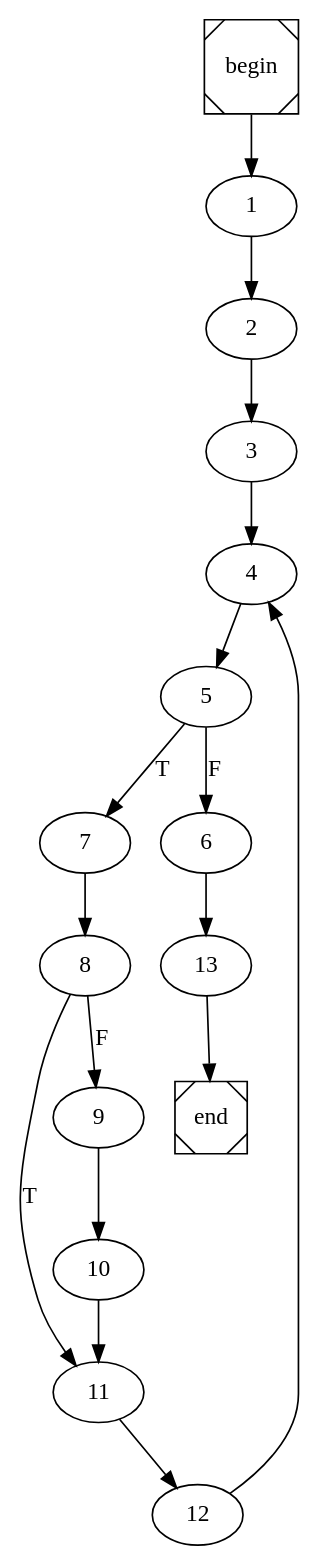
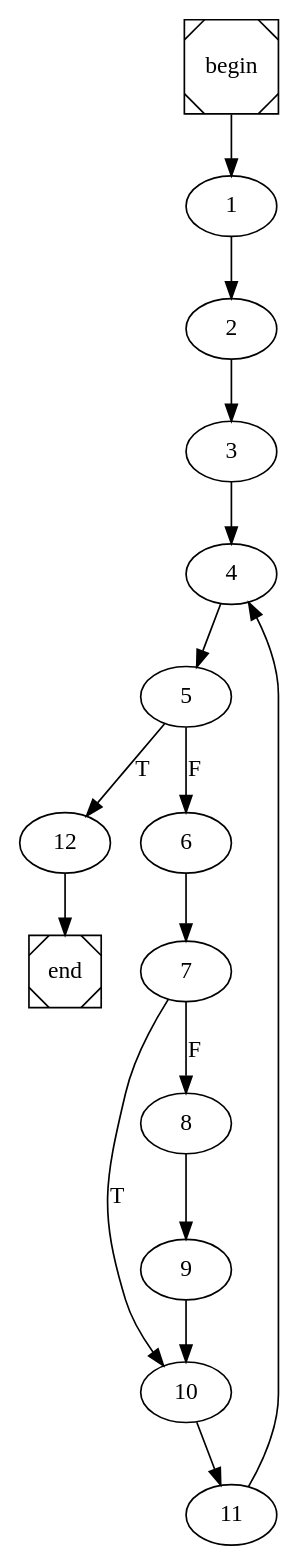
Before and after one commit to ivSaav/COMP: the diagram in find_maximum.dot, drawn with Graphviz. The commit also changed 9 other files, not shown here.

```diff
--- a/find_maximum.dot
+++ b/find_maximum.dot
@@ -1,4 +1,4 @@
 digraph cfg {
 	begin [shape=Msquare];
 	end [shape=Msquare];
-	begin -> 1;	1 -> 2;	2 -> 3;	3 -> 4;	4 -> 5;	5 -> 7[label=T];	5 -> 6[label=F];	6 -> 13;	7 -> 8;	8 -> 11[label=T];	8 -> 9[label=F];	9 -> 10;	10 -> 11;	11 -> 12;	12 -> 4;	13 -> end;}
+	begin -> 1;	1 -> 2;	2 -> 3;	3 -> 4;	4 -> 5;	5 -> 12[label=T];	5 -> 6[label=F];	6 -> 7;	7 -> 10[label=T];	7 -> 8[label=F];	8 -> 9;	9 -> 10;	10 -> 11;	11 -> 4;	12 -> end;}
```
